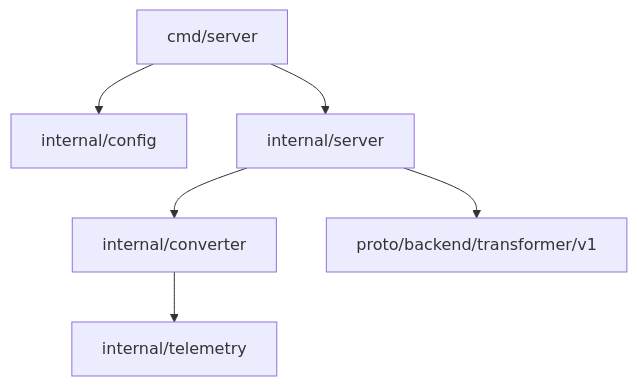
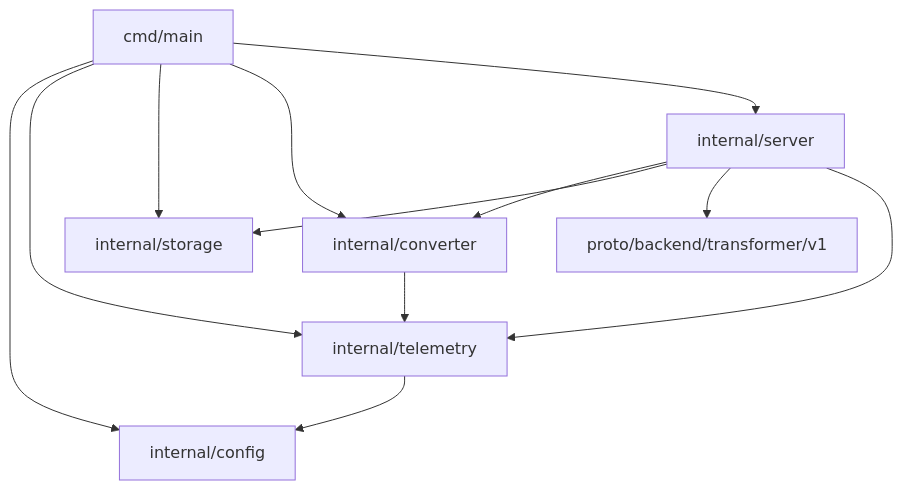
One commit to FedorovTeam/mono-repo changed the diagram in backend/docling-transformer-service/code.md. Above: the diagram before and after it, drawn with Mermaid. The commit also changed other lines of this file, not shown here.

Commit message:
Update code view documentation

````diff
--- a/backend/docling-transformer-service/code.md
+++ b/backend/docling-transformer-service/code.md
@@ -3,8 +3,14 @@
 ```mermaid
 graph TD
-    main[cmd/server] --> cfg[internal/config]
+    main[cmd/main] --> cfg[internal/config]
+    main --> telemetry[internal/telemetry]
+    main --> storage[internal/storage]
+    main --> conv[internal/converter]
     main --> srv[internal/server]
-    srv --> conv[internal/converter]
-    conv --> tel[internal/telemetry]
+    srv --> conv
+    srv --> storage
     srv --> proto[proto/backend/transformer/v1]
+    srv --> telemetry
+    conv --> telemetry
+    telemetry --> cfg
 ```
````
